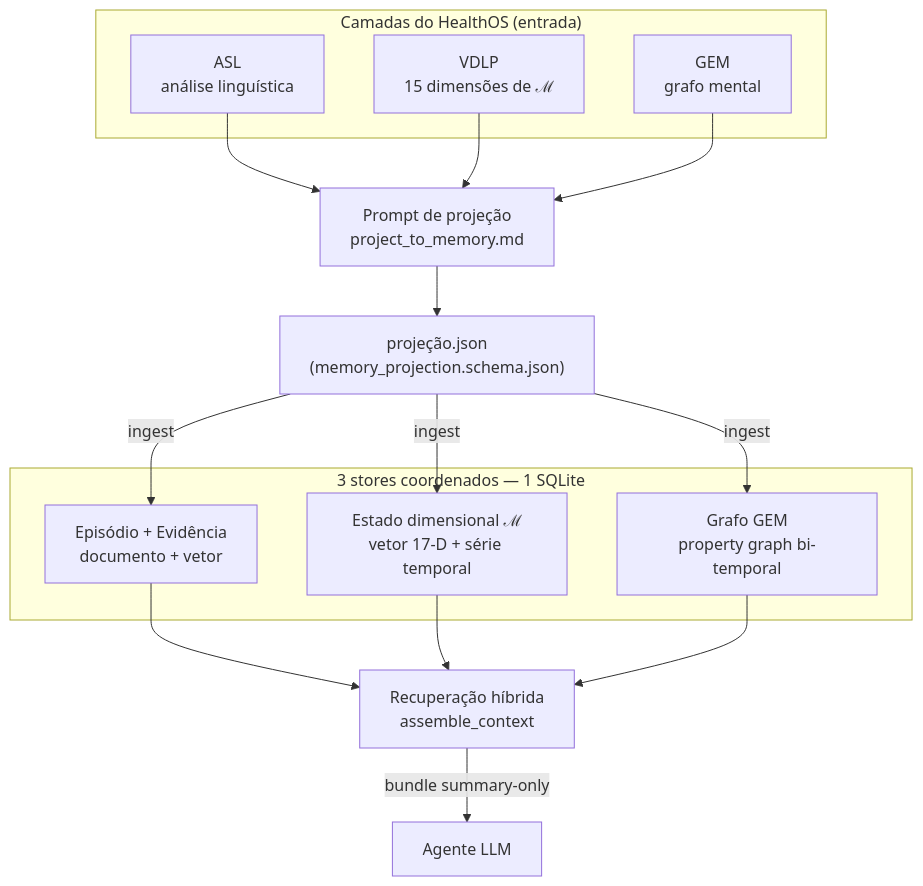
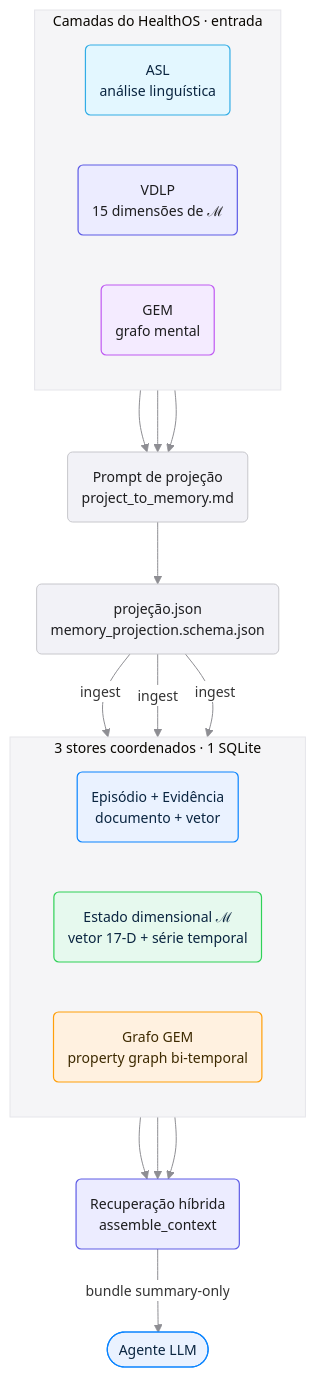
One commit to myselfgus/patient-memory changed the first of 9 diagrams in README.md. Above: the diagram before and after it, drawn with Mermaid. The commit also changed other lines of this file, not shown here.

Commit message:
style(readme): refina diagramas mermaid com linguagem visual Liquid Glass (tema SF, painéis frosted, paleta de sistema Apple, cantos arredondados)

````diff
--- a/README.md
+++ b/README.md
@@ -17,32 +17,52 @@
 ```mermaid
+%%{init: {"theme":"base","themeVariables":{"fontFamily":"-apple-system, BlinkMacSystemFont, Segoe UI, Helvetica, Arial, sans-serif","fontSize":"14px","lineColor":"#8E8E93","clusterBkg":"#F5F5F7","clusterBorder":"#E5E5EA","edgeLabelBackground":"#FFFFFF"},"flowchart":{"curve":"basis","htmlLabels":true,"padding":14,"nodeSpacing":50,"rankSpacing":62}}}%%
 flowchart TB
-    subgraph SRC["Camadas do HealthOS (entrada)"]
-        ASL["ASL<br/>análise linguística"]
-        VDLP["VDLP<br/>15 dimensões de ℳ"]
-        GEM["GEM<br/>grafo mental"]
+    subgraph SRC["Camadas do HealthOS · entrada"]
+        direction LR
+        ASL("ASL<br/>análise linguística")
+        VDLP("VDLP<br/>15 dimensões de ℳ")
+        GEM("GEM<br/>grafo mental")
     end
 
-    PROJ["Prompt de projeção<br/>project_to_memory.md"]
-    SCHEMA["projeção.json<br/>(memory_projection.schema.json)"]
+    PROJ("Prompt de projeção<br/>project_to_memory.md")
+    SCHEMA("projeção.json<br/>memory_projection.schema.json")
 
-    subgraph STORE["3 stores coordenados — 1 SQLite"]
-        S1["Episódio + Evidência<br/>documento + vetor"]
-        S2["Estado dimensional ℳ<br/>vetor 17-D + série temporal"]
-        S3["Grafo GEM<br/>property graph bi-temporal"]
+    subgraph STORE["3 stores coordenados · 1 SQLite"]
+        direction LR
+        S1("Episódio + Evidência<br/>documento + vetor")
+        S2("Estado dimensional ℳ<br/>vetor 17-D + série temporal")
+        S3("Grafo GEM<br/>property graph bi-temporal")
     end
 
-    HYB["Recuperação híbrida<br/>assemble_context"]
-    AGENT["Agente LLM"]
+    HYB("Recuperação híbrida<br/>assemble_context")
+    AGENT(["Agente LLM"])
 
     ASL --> PROJ
     VDLP --> PROJ
     GEM --> PROJ
     PROJ --> SCHEMA
     SCHEMA -->|ingest| S1
     SCHEMA -->|ingest| S2
     SCHEMA -->|ingest| S3
     S1 --> HYB
     S2 --> HYB
     S3 --> HYB
     HYB -->|bundle summary-only| AGENT
+
+    classDef blue fill:#EAF2FF,stroke:#0A84FF,stroke-width:1.2px,color:#0A2540
+    classDef indigo fill:#ECECFF,stroke:#5E5CE6,stroke-width:1.2px,color:#1D1D1F
+    classDef purple fill:#F4EBFF,stroke:#BF5AF2,stroke-width:1.2px,color:#1D1D1F
+    classDef teal fill:#E3F7FF,stroke:#32ADE6,stroke-width:1.2px,color:#0A2540
+    classDef green fill:#E6F9EE,stroke:#30D158,stroke-width:1.2px,color:#0A2540
+    classDef orange fill:#FFF1E0,stroke:#FF9F0A,stroke-width:1.2px,color:#3D2A00
+    classDef gray fill:#F2F2F7,stroke:#C7C7CC,stroke-width:1px,color:#1D1D1F
+    class ASL teal
+    class VDLP indigo
+    class GEM purple
+    class PROJ,SCHEMA gray
+    class S1 blue
+    class S2 green
+    class S3 orange
+    class HYB indigo
+    class AGENT blue
 ```
````
